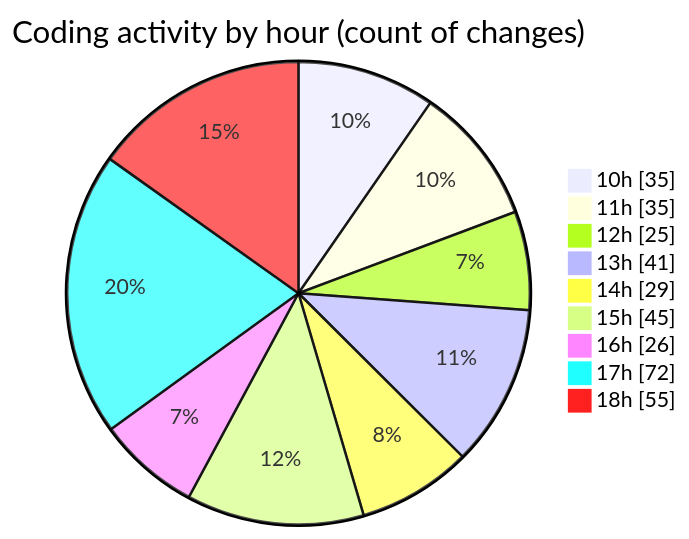
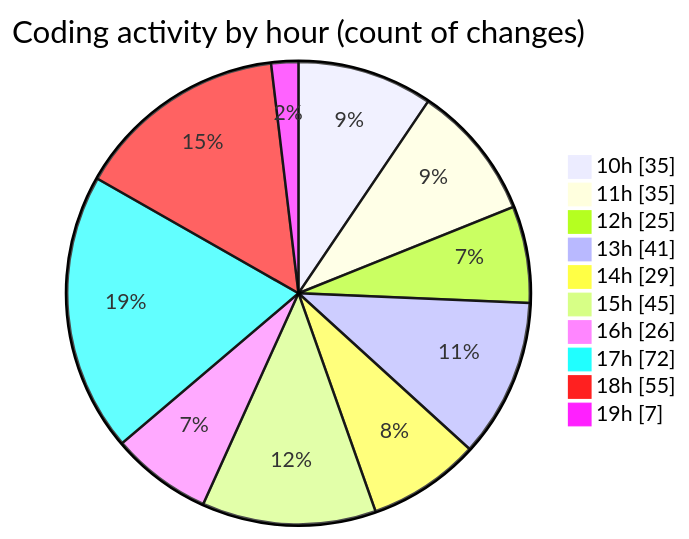
Before and after one commit to momahboobian/code-tracking: the second of 2 diagrams in 2025-03-26/cda/README.md, drawn with Mermaid. The commit also changed other lines of this file and 1 other file, not shown here.

````diff
--- a/2025-03-26/cda/README.md
+++ b/2025-03-26/cda/README.md
@@ -55,13 +55,14 @@
 ```mermaid
 pie showData
 title Coding activity by hour (count of changes)
 "10h" : 35
 "11h" : 35
 "12h" : 25
 "13h" : 41
 "14h" : 29
 "15h" : 45
 "16h" : 26
 "17h" : 72
 "18h" : 55
+"19h" : 7
 ```
````
